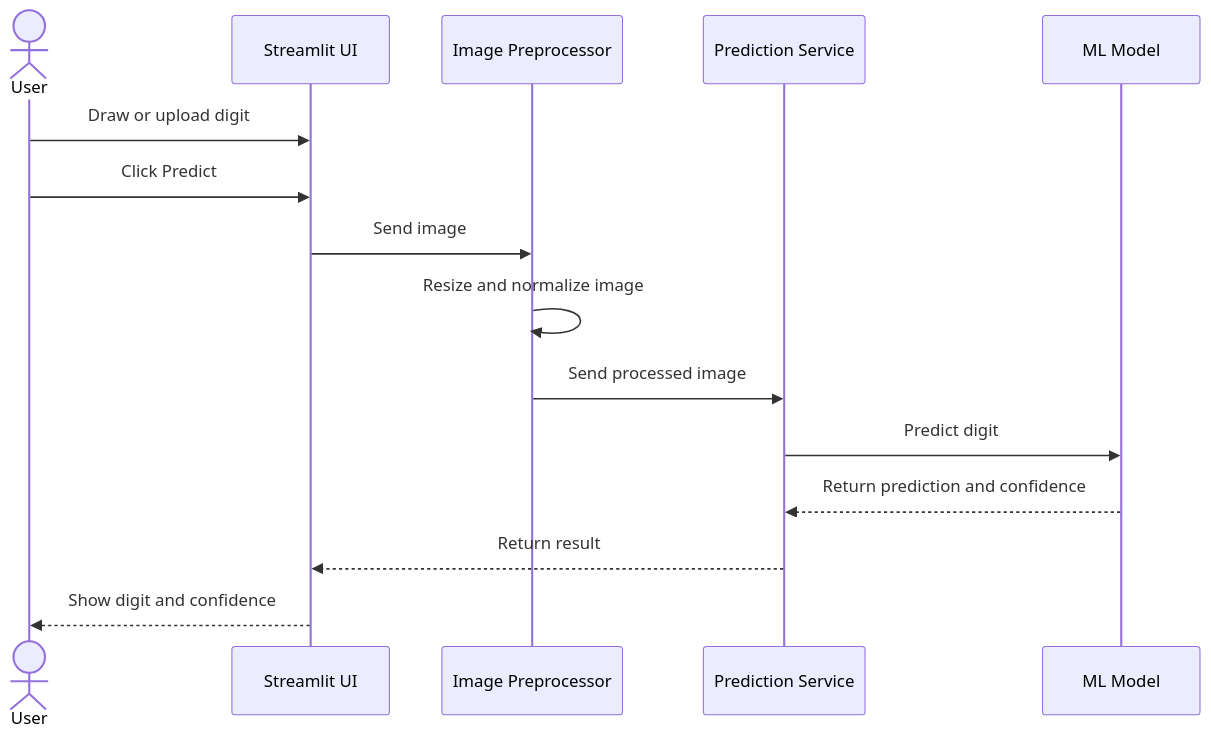
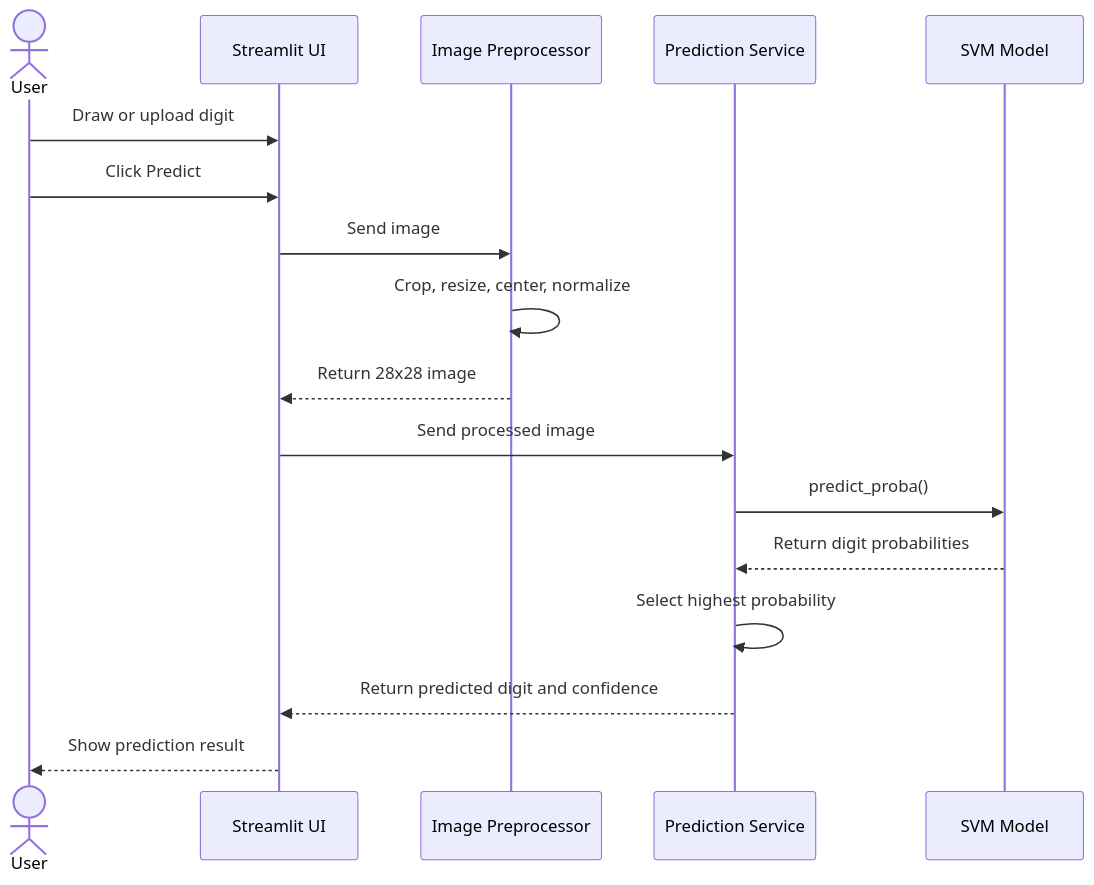
The second of 2 diagrams in README.md (leepk/Handwritten_Digit_Recognition), drawn with Mermaid before and after one commit. The commit also changed other lines of this file, not shown here.

````diff
--- a/README.md
+++ b/README.md
@@ -49,18 +49,24 @@
 ```mermaid
 sequenceDiagram
     actor User
     participant UI as Streamlit UI
     participant PP as Image Preprocessor
     participant PS as Prediction Service
-    participant ML as ML Model
+    participant SVM as SVM Model
 
     User->>UI: Draw or upload digit
     User->>UI: Click Predict
+
     UI->>PP: Send image
-    PP->>PP: Resize and normalize image
-    PP->>PS: Send processed image
-    PS->>ML: Predict digit
-    ML-->>PS: Return prediction and confidence
-    PS-->>UI: Return result
-    UI-->>User: Show digit and confidence
+    PP->>PP: Crop, resize, center, normalize
+    PP-->>UI: Return 28x28 image
+
+    UI->>PS: Send processed image
+    PS->>SVM: predict_proba()
+    SVM-->>PS: Return digit probabilities
+
+    PS->>PS: Select highest probability
+    PS-->>UI: Return predicted digit and confidence
+
+    UI-->>User: Show prediction result
 ```
````
